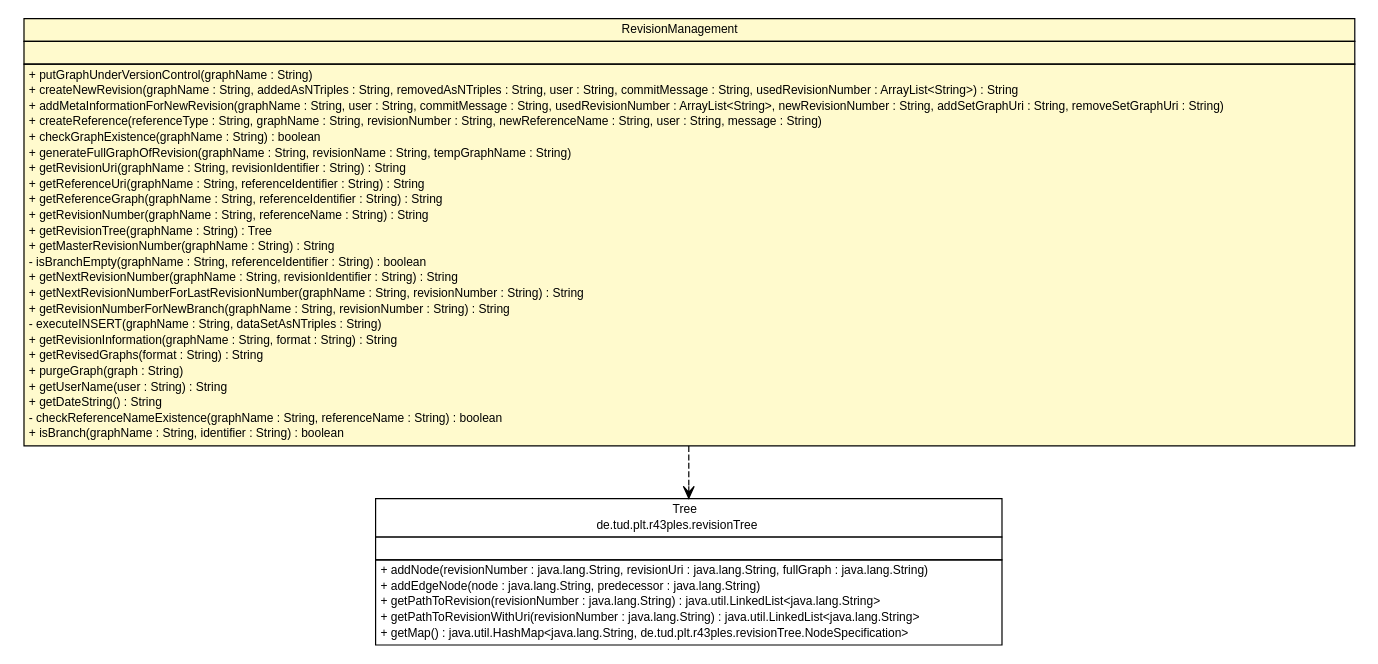
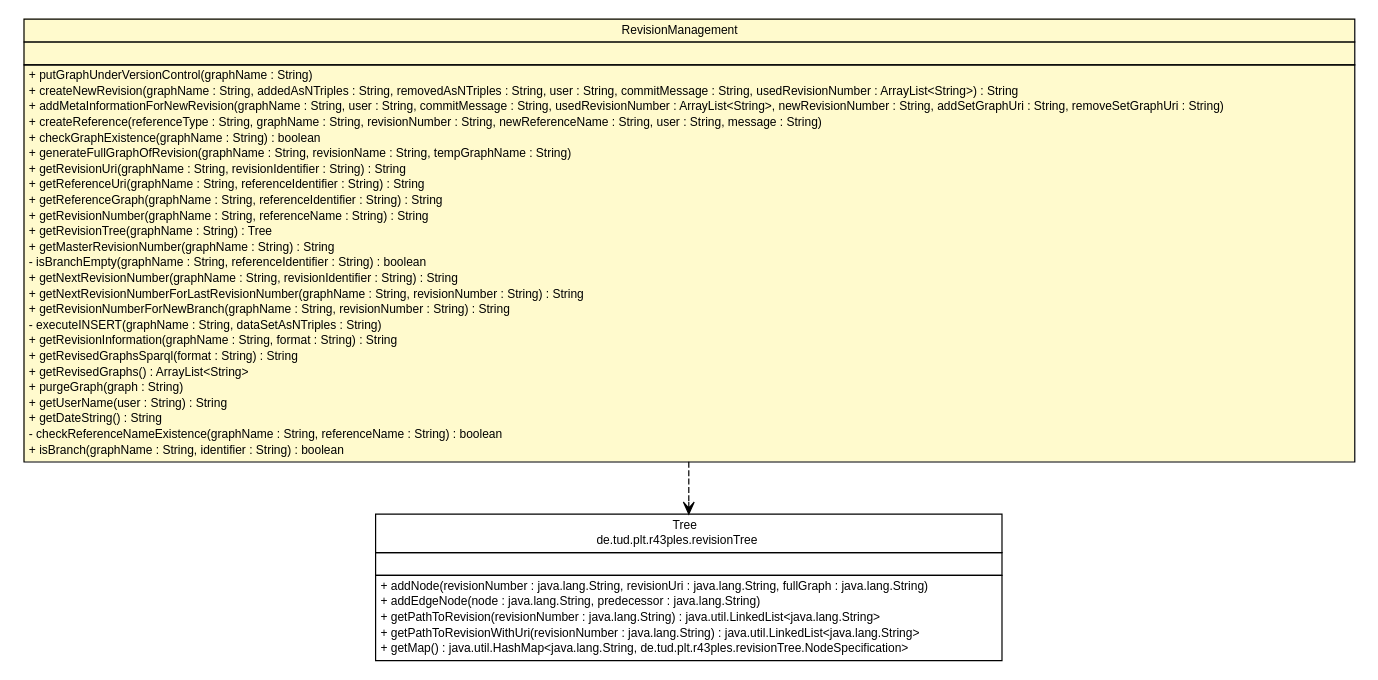
The diagram in javadoc/de/tud/plt/r43ples/management/RevisionManagement.dot (markusgraube/r43ples), drawn with Graphviz before and after one commit. The commit also changed 89 other files, not shown here.

```diff
--- a/javadoc/de/tud/plt/r43ples/management/RevisionManagement.dot
+++ b/javadoc/de/tud/plt/r43ples/management/RevisionManagement.dot
@@ -1,66 +1,67 @@
 #!/usr/local/bin/dot
 #
 # Class diagram 
 # Generated by UMLGraph version R5_6_6-6-g3bdff0 (http://www.umlgraph.org/)
 #
 
 digraph G {
 	edge [fontname="Helvetica",fontsize=10,labelfontname="Helvetica",labelfontsize=10];
 	node [fontname="Helvetica",fontsize=10,shape=plaintext];
 	nodesep=0.25;
 	ranksep=0.5;
 	// de.tud.plt.r43ples.management.RevisionManagement
-	c189 [label=<<table title="de.tud.plt.r43ples.management.RevisionManagement" border="0" cellborder="1" cellspacing="0" cellpadding="2" port="p" bgcolor="lemonChiffon" href="./RevisionManagement.html">
+	c188 [label=<<table title="de.tud.plt.r43ples.management.RevisionManagement" border="0" cellborder="1" cellspacing="0" cellpadding="2" port="p" bgcolor="lemonChiffon" href="./RevisionManagement.html">
 		<tr><td><table border="0" cellspacing="0" cellpadding="1">
 <tr><td align="center" balign="center"> RevisionManagement </td></tr>
 		</table></td></tr>
 		<tr><td><table border="0" cellspacing="0" cellpadding="1">
 <tr><td align="left" balign="left">  </td></tr>
 		</table></td></tr>
 		<tr><td><table border="0" cellspacing="0" cellpadding="1">
 <tr><td align="left" balign="left"> + putGraphUnderVersionControl(graphName : String) </td></tr>
 <tr><td align="left" balign="left"> + createNewRevision(graphName : String, addedAsNTriples : String, removedAsNTriples : String, user : String, commitMessage : String, usedRevisionNumber : ArrayList&lt;String&gt;) : String </td></tr>
 <tr><td align="left" balign="left"> + addMetaInformationForNewRevision(graphName : String, user : String, commitMessage : String, usedRevisionNumber : ArrayList&lt;String&gt;, newRevisionNumber : String, addSetGraphUri : String, removeSetGraphUri : String) </td></tr>
 <tr><td align="left" balign="left"> + createReference(referenceType : String, graphName : String, revisionNumber : String, newReferenceName : String, user : String, message : String) </td></tr>
 <tr><td align="left" balign="left"> + checkGraphExistence(graphName : String) : boolean </td></tr>
 <tr><td align="left" balign="left"> + generateFullGraphOfRevision(graphName : String, revisionName : String, tempGraphName : String) </td></tr>
 <tr><td align="left" balign="left"> + getRevisionUri(graphName : String, revisionIdentifier : String) : String </td></tr>
 <tr><td align="left" balign="left"> + getReferenceUri(graphName : String, referenceIdentifier : String) : String </td></tr>
 <tr><td align="left" balign="left"> + getReferenceGraph(graphName : String, referenceIdentifier : String) : String </td></tr>
 <tr><td align="left" balign="left"> + getRevisionNumber(graphName : String, referenceName : String) : String </td></tr>
 <tr><td align="left" balign="left"> + getRevisionTree(graphName : String) : Tree </td></tr>
 <tr><td align="left" balign="left"> + getMasterRevisionNumber(graphName : String) : String </td></tr>
 <tr><td align="left" balign="left"> - isBranchEmpty(graphName : String, referenceIdentifier : String) : boolean </td></tr>
 <tr><td align="left" balign="left"> + getNextRevisionNumber(graphName : String, revisionIdentifier : String) : String </td></tr>
 <tr><td align="left" balign="left"> + getNextRevisionNumberForLastRevisionNumber(graphName : String, revisionNumber : String) : String </td></tr>
 <tr><td align="left" balign="left"> + getRevisionNumberForNewBranch(graphName : String, revisionNumber : String) : String </td></tr>
 <tr><td align="left" balign="left"> - executeINSERT(graphName : String, dataSetAsNTriples : String) </td></tr>
 <tr><td align="left" balign="left"> + getRevisionInformation(graphName : String, format : String) : String </td></tr>
-<tr><td align="left" balign="left"> + getRevisedGraphs(format : String) : String </td></tr>
+<tr><td align="left" balign="left"> + getRevisedGraphsSparql(format : String) : String </td></tr>
+<tr><td align="left" balign="left"> + getRevisedGraphs() : ArrayList&lt;String&gt; </td></tr>
 <tr><td align="left" balign="left"> + purgeGraph(graph : String) </td></tr>
 <tr><td align="left" balign="left"> + getUserName(user : String) : String </td></tr>
 <tr><td align="left" balign="left"> + getDateString() : String </td></tr>
 <tr><td align="left" balign="left"> - checkReferenceNameExistence(graphName : String, referenceName : String) : boolean </td></tr>
 <tr><td align="left" balign="left"> + isBranch(graphName : String, identifier : String) : boolean </td></tr>
 		</table></td></tr>
 		</table>>, URL="./RevisionManagement.html", fontname="Helvetica", fontcolor="black", fontsize=10.0];
 	// de.tud.plt.r43ples.revisionTree.Tree
-	c190 [label=<<table title="de.tud.plt.r43ples.revisionTree.Tree" border="0" cellborder="1" cellspacing="0" cellpadding="2" port="p" href="../revisionTree/Tree.html">
+	c191 [label=<<table title="de.tud.plt.r43ples.revisionTree.Tree" border="0" cellborder="1" cellspacing="0" cellpadding="2" port="p" href="../revisionTree/Tree.html">
 		<tr><td><table border="0" cellspacing="0" cellpadding="1">
 <tr><td align="center" balign="center"> Tree </td></tr>
 <tr><td align="center" balign="center"> de.tud.plt.r43ples.revisionTree </td></tr>
 		</table></td></tr>
 		<tr><td><table border="0" cellspacing="0" cellpadding="1">
 <tr><td align="left" balign="left">  </td></tr>
 		</table></td></tr>
 		<tr><td><table border="0" cellspacing="0" cellpadding="1">
 <tr><td align="left" balign="left"> + addNode(revisionNumber : java.lang.String, revisionUri : java.lang.String, fullGraph : java.lang.String) </td></tr>
 <tr><td align="left" balign="left"> + addEdgeNode(node : java.lang.String, predecessor : java.lang.String) </td></tr>
 <tr><td align="left" balign="left"> + getPathToRevision(revisionNumber : java.lang.String) : java.util.LinkedList&lt;java.lang.String&gt; </td></tr>
 <tr><td align="left" balign="left"> + getPathToRevisionWithUri(revisionNumber : java.lang.String) : java.util.LinkedList&lt;java.lang.String&gt; </td></tr>
 <tr><td align="left" balign="left"> + getMap() : java.util.HashMap&lt;java.lang.String, de.tud.plt.r43ples.revisionTree.NodeSpecification&gt; </td></tr>
 		</table></td></tr>
 		</table>>, URL="../revisionTree/Tree.html", fontname="Helvetica", fontcolor="black", fontsize=10.0];
 	// de.tud.plt.r43ples.management.RevisionManagement DEPEND de.tud.plt.r43ples.revisionTree.Tree
-	c189:p -> c190:p [taillabel="", label="", headlabel="", fontname="Helvetica", fontcolor="black", fontsize=10.0, color="black", arrowhead=open, style=dashed];
+	c188:p -> c191:p [taillabel="", label="", headlabel="", fontname="Helvetica", fontcolor="black", fontsize=10.0, color="black", arrowhead=open, style=dashed];
 }
```
